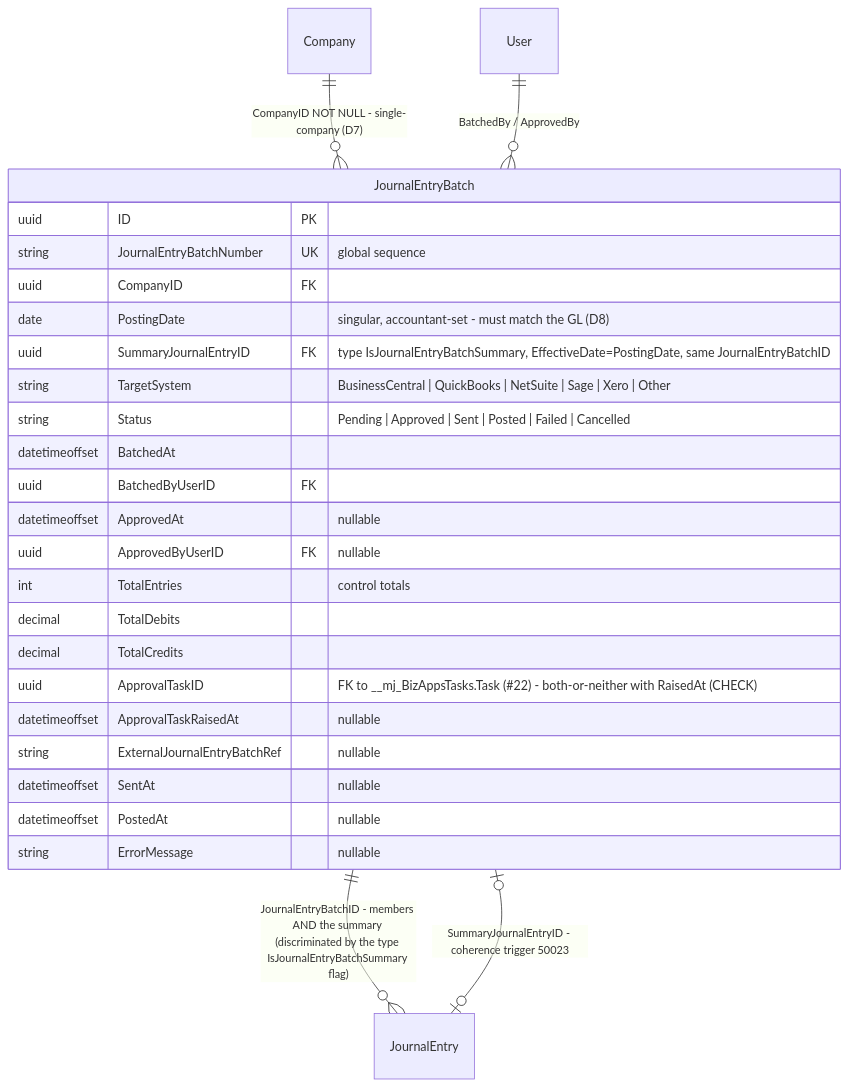
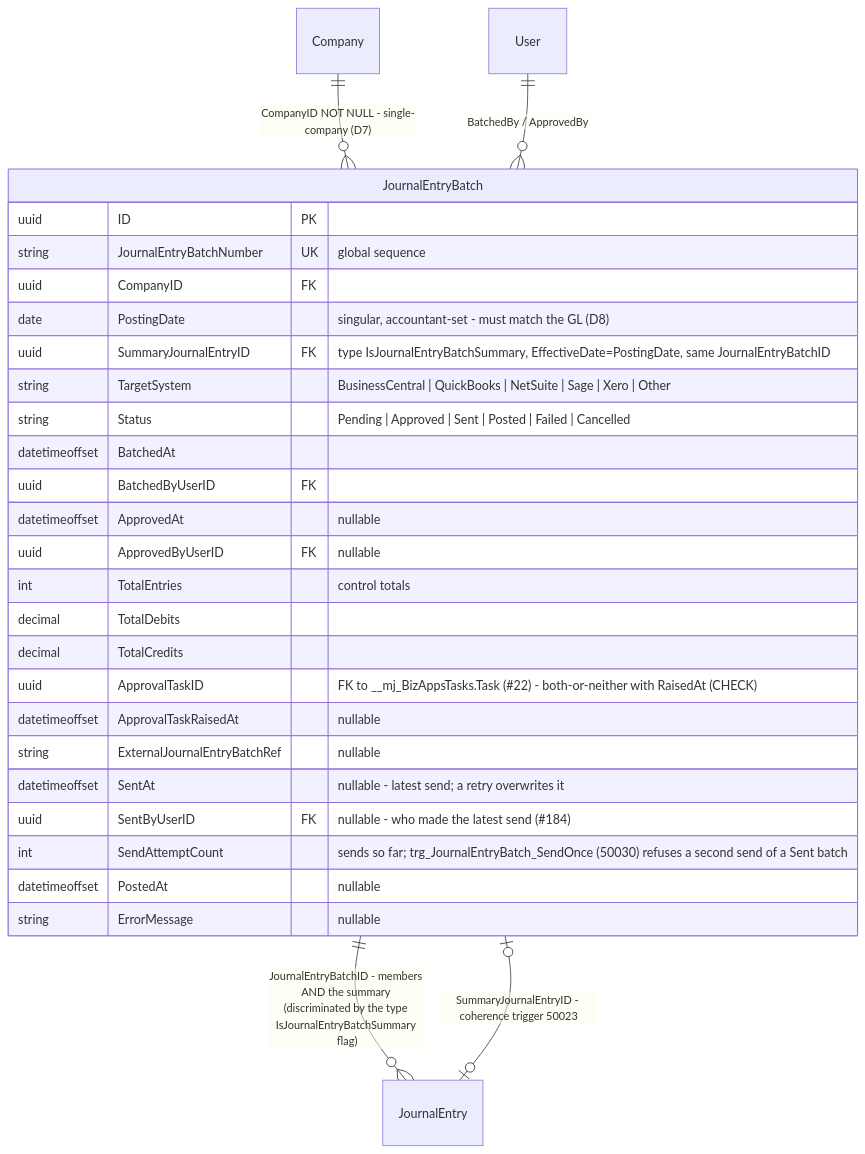
Before and after one commit to MemberJunction/bizapps-accounting: the eighth of 13 diagrams in docs/bizapps-accounting-erd.md, drawn with Mermaid. The commit also changed other lines of this file and 18 other files, not shown here.

First line of the commit message:
fix(batch): refuse a second send of a Sent batch, and record every send (#184)

````diff
--- a/docs/bizapps-accounting-erd.md
+++ b/docs/bizapps-accounting-erd.md
@@ -721,30 +723,32 @@
 ```mermaid
 erDiagram
     Company ||--o{ JournalEntryBatch : "CompanyID NOT NULL - single-company (D7)"
     JournalEntryBatch ||--o{ JournalEntry : "JournalEntryBatchID - members AND the summary (discriminated by the type IsJournalEntryBatchSummary flag)"
     JournalEntryBatch |o--o| JournalEntry : "SummaryJournalEntryID - coherence trigger 50023"
     User ||--o{ JournalEntryBatch : "BatchedBy / ApprovedBy"
 
     JournalEntryBatch {
         uuid ID PK
         string JournalEntryBatchNumber UK "global sequence"
         uuid CompanyID FK
         date PostingDate "singular, accountant-set - must match the GL (D8)"
         uuid SummaryJournalEntryID FK "type IsJournalEntryBatchSummary, EffectiveDate=PostingDate, same JournalEntryBatchID"
         string TargetSystem "BusinessCentral | QuickBooks | NetSuite | Sage | Xero | Other"
         string Status "Pending | Approved | Sent | Posted | Failed | Cancelled"
         datetimeoffset BatchedAt
         uuid BatchedByUserID FK
         datetimeoffset ApprovedAt "nullable"
         uuid ApprovedByUserID FK "nullable"
         int TotalEntries "control totals"
         decimal TotalDebits
         decimal TotalCredits
         uuid ApprovalTaskID "FK to __mj_BizAppsTasks.Task (#22) - both-or-neither with RaisedAt (CHECK)"
         datetimeoffset ApprovalTaskRaisedAt "nullable"
         string ExternalJournalEntryBatchRef "nullable"
-        datetimeoffset SentAt "nullable"
+        datetimeoffset SentAt "nullable - latest send; a retry overwrites it"
+        uuid SentByUserID FK "nullable - who made the latest send (#184)"
+        int SendAttemptCount "sends so far; trg_JournalEntryBatch_SendOnce (50030) refuses a second send of a Sent batch"
         datetimeoffset PostedAt "nullable"
         string ErrorMessage "nullable"
     }
 ```
````
